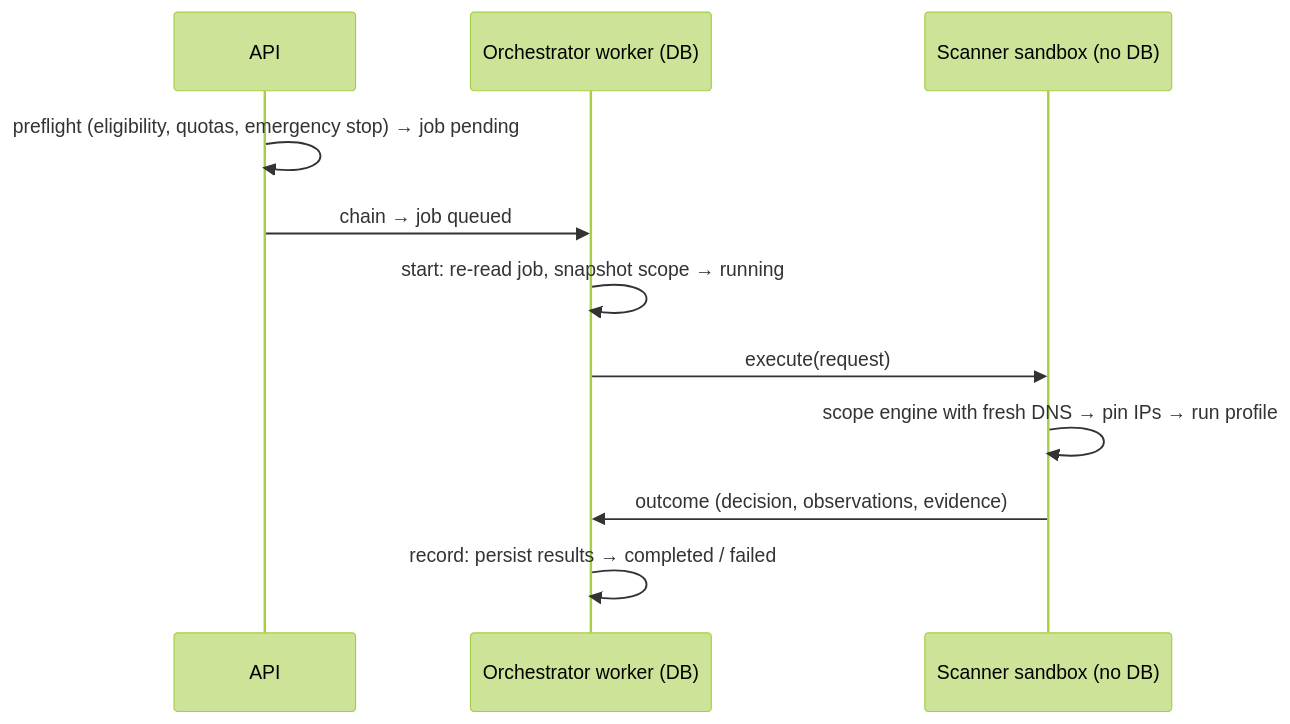
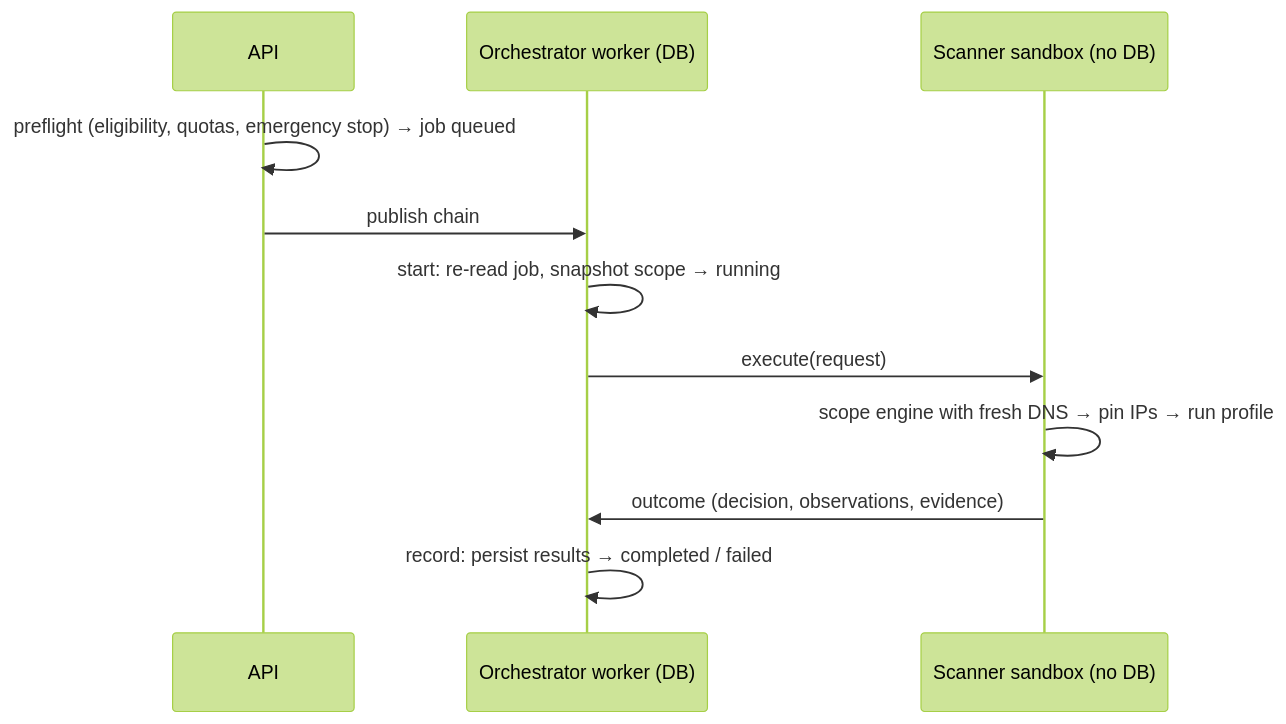
The second of 2 diagrams in docs/ARCHITECTURE.md (Fabianooliveirasilva/SENTINELX), drawn with Mermaid (forest theme) before and after one commit. The commit also changed other lines of this file and 51 other files, not shown here.

````diff
--- a/docs/ARCHITECTURE.md
+++ b/docs/ARCHITECTURE.md
@@ -148,13 +148,13 @@
 ```mermaid
 sequenceDiagram
     participant API
     participant O as Orchestrator worker (DB)
     participant S as Scanner sandbox (no DB)
-    API->>API: preflight (eligibility, quotas, emergency stop) → job pending
-    API->>O: chain → job queued
+    API->>API: preflight (eligibility, quotas, emergency stop) → job queued
+    API->>O: publish chain
     O->>O: start: re-read job, snapshot scope → running
     O->>S: execute(request)
     S->>S: scope engine with fresh DNS → pin IPs → run profile
     S->>O: outcome (decision, observations, evidence)
     O->>O: record: persist results → completed / failed
 ```
````
